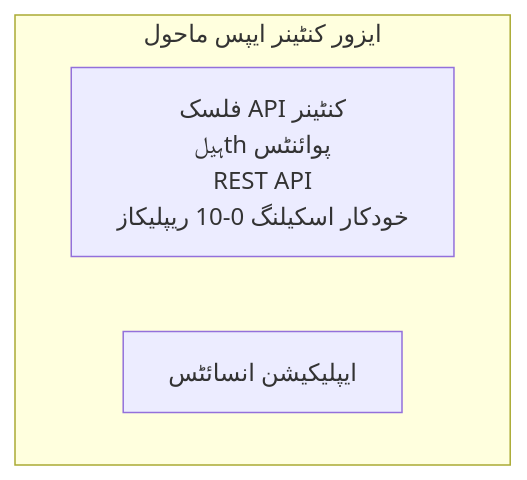
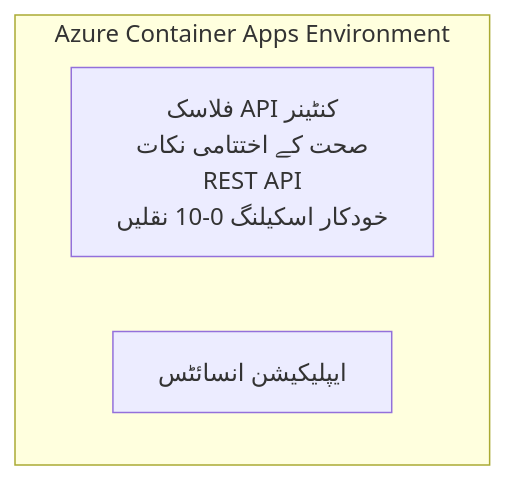
Before and after one commit to microsoft/AZD-for-beginners: the diagram in translations/ur/examples/container-app/simple-flask-api/README.md, drawn with Mermaid. The commit also changed other lines of this file and 104 other files, not shown here.

````diff
--- a/translations/ur/examples/container-app/simple-flask-api/README.md
+++ b/translations/ur/examples/container-app/simple-flask-api/README.md
@@ -26,7 +26,7 @@
 ```mermaid
 graph TD
-    subgraph ACA[ایزور کنٹینر ایپس ماحول]
-        Flask[فلسک API کنٹینر<br/>ہیلth پوائنٹس<br/>REST API<br/>خودکار اسکیلنگ 0-10 ریپلیکاز]
+    subgraph ACA[Azure Container Apps Environment]
+        Flask[فلاسک API کنٹینر<br/>صحت کے اختتامی نکات<br/>REST API<br/>خودکار اسکیلنگ 0-10 نقلیں]
         AppInsights[ایپلیکیشن انسائٹس]
     end
 ```
````
